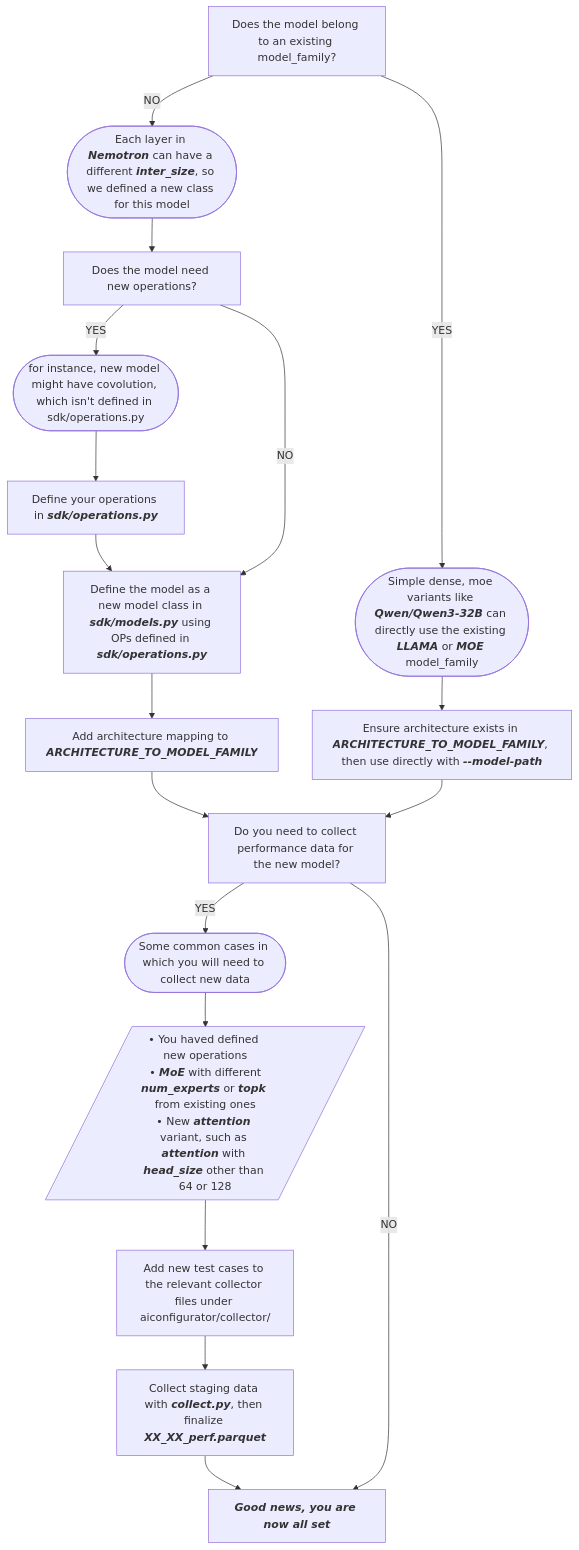
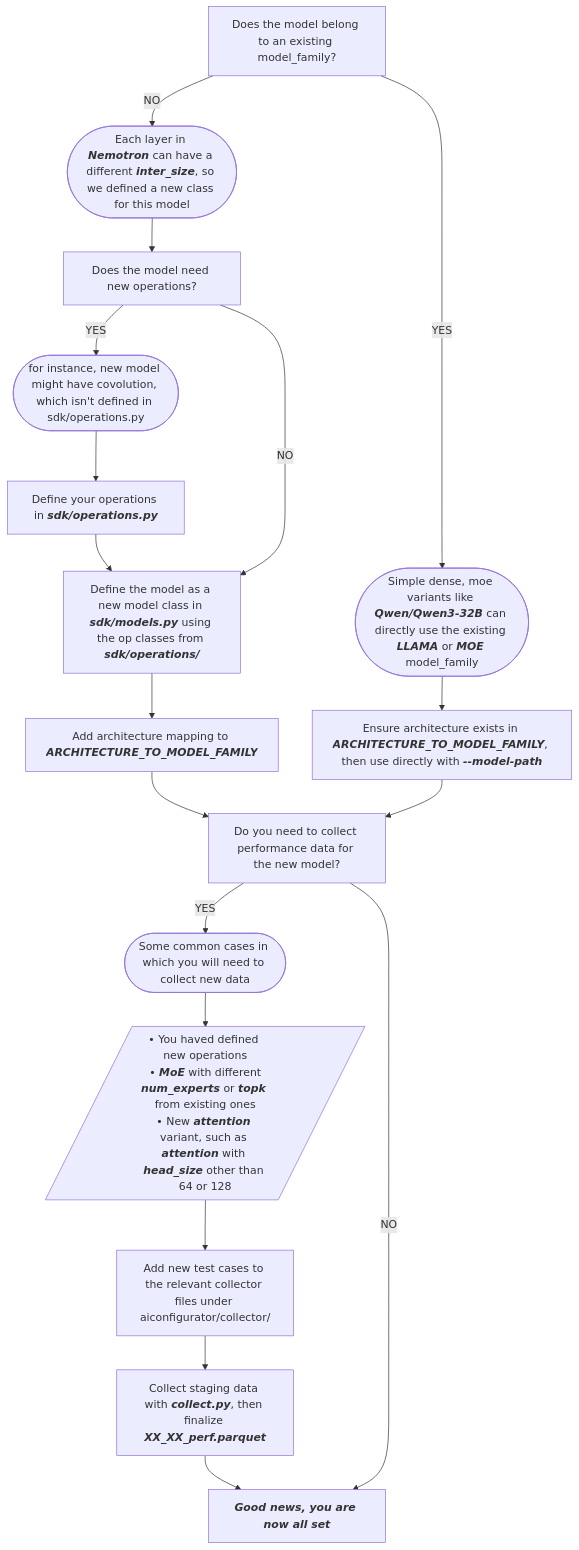
One commit to ai-dynamo/aiconfigurator changed the diagram in docs/add_a_new_model.md. Above: the diagram before and after it, drawn with Mermaid. The commit also changed other lines of this file and 17 other files, not shown here.

````diff
--- a/docs/add_a_new_model.md
+++ b/docs/add_a_new_model.md
@@ -168,21 +153,21 @@
 ```mermaid
 flowchart TD
     A[Does the model belong to an existing model_family?]
     A --> |YES| B([Simple dense, moe variants like <i><b>Qwen/Qwen3-32B</b></i> can directly use the existing <i><b>LLAMA</b></i> or <i><b>MOE</b></i> model_family])
     B --> C[Ensure architecture exists in <i><b>ARCHITECTURE_TO_MODEL_FAMILY</b></i>, then use directly with <i><b>--model-path</b></i>]
     A --> |NO| D([Each layer in <i><b>Nemotron</b></i> can have a different <i><b>inter_size</b></i>, so we defined a new class for this model])
     D --> E[Does the model need new operations?]
     E --> |YES| F([for instance, new model might have covolution, which isn't defined in sdk/operations.py])
     F --> G[Define your operations in <b><i>sdk/operations.py</b></i>]
-    G --> H[Define the model as a new model class in <i><b>sdk/models.py</b></i> using OPs defined in <i><b>sdk/operations.py</b></i>]
+    G --> H[Define the model as a new model class in <i><b>sdk/models.py</b></i> using the op classes from <i><b>sdk/operations/</b></i>]
     E --> |NO|H
     H --> i[Add architecture mapping to <i><b>ARCHITECTURE_TO_MODEL_FAMILY</b></i>]
     i --> j[Do you need to collect performance data for the new model?]
     C --> j
     j --> |YES|K([Some common cases in which you will need to collect new data])
     K --> L[/• You haved defined new operations<br/> • <i><b>MoE</b></i> with different <i><b>num_experts</b></i> or <i><b>topk</b></i> from existing ones<br/>• New <i><b>attention</b></i> variant, such as <b><i>attention</b></i> with <b><i>head_size</b></i> other than 64 or 128/]
     L --> M[Add new test cases to the relevant collector files under aiconfigurator/collector/]
     M --> N[Collect staging data with <i><b>collect.py</b></i>, then finalize <i><b>XX_XX_perf.parquet</b></i>]
     N --> Z
     j --> |NO|Z[<i><b>Good news, you are now all set</b></i>]
 ```
````
